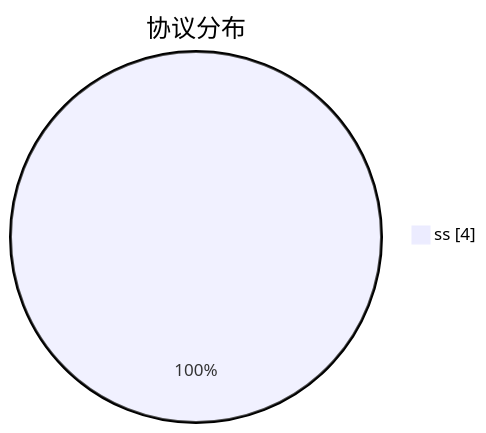
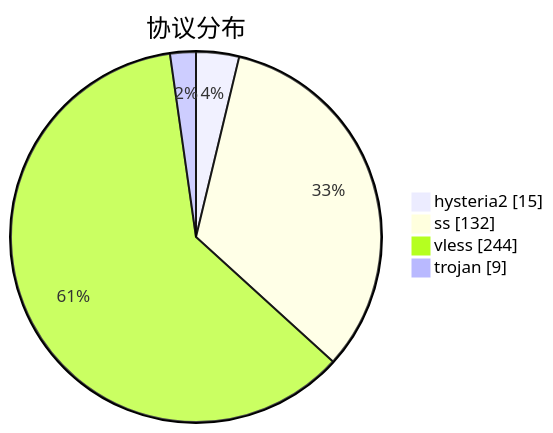
One commit to qjlxg/airport changed the third of 3 diagrams in subs/statistics/tested_within.md. Above: the diagram before and after it, drawn with Mermaid. The commit also changed other lines of this file and 2 other files, not shown here.

````diff
--- a/subs/statistics/tested_within.md
+++ b/subs/statistics/tested_within.md
@@ -13,5 +19,8 @@
 ```mermaid
 pie showData
 title 协议分布
-"ss" : 4
+"hysteria2" : 15
+"ss" : 132
+"vless" : 244
+"trojan" : 9
 ```
````
